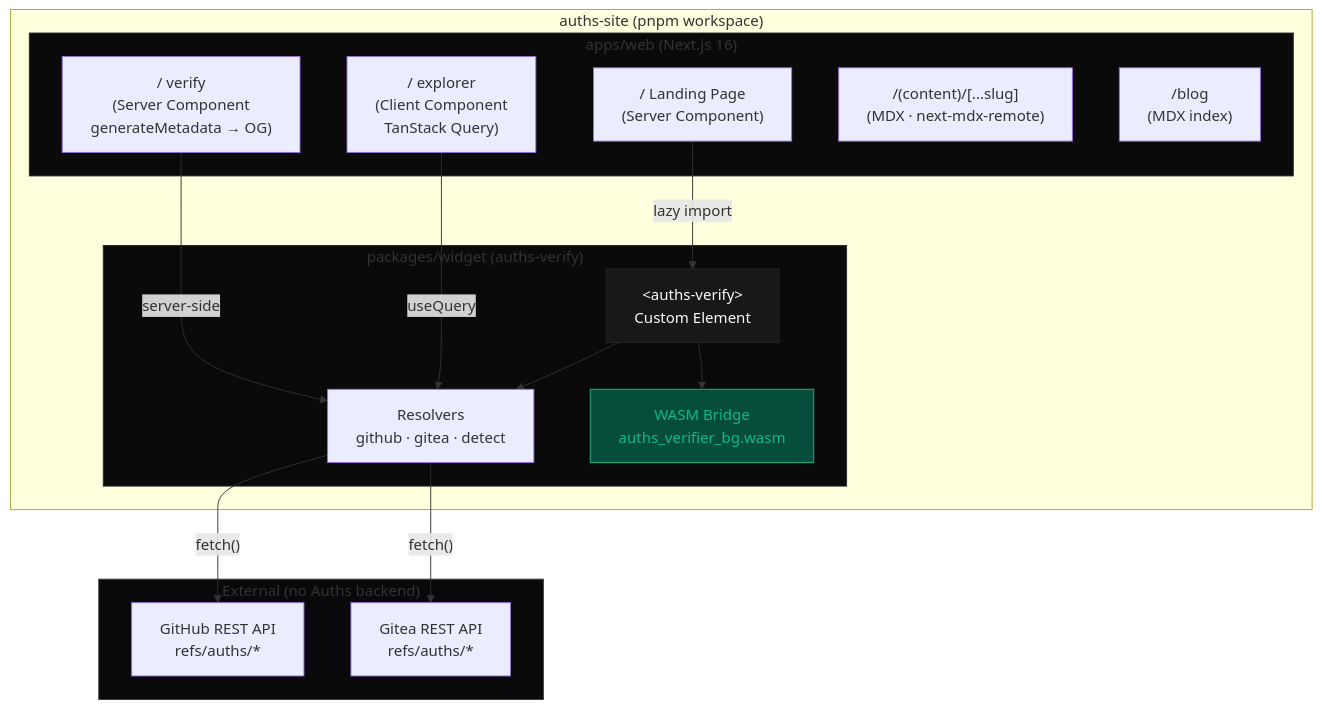
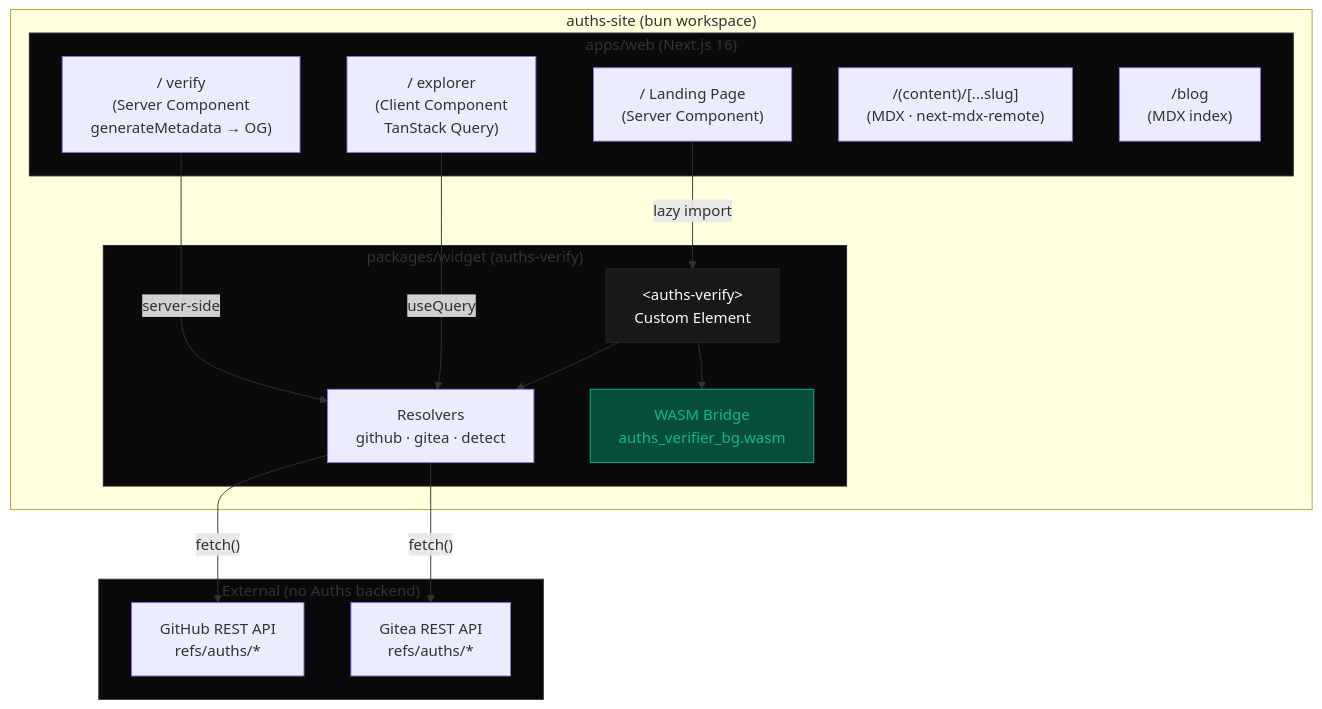
One commit to auths-dev/auths-site changed the diagram in README.md. Above: the diagram before and after it, drawn with Mermaid. The commit also changed other lines of this file and 33 other files, not shown here.

````diff
--- a/README.md
+++ b/README.md
@@ -77,38 +76,38 @@
 ```mermaid
 graph TD
-    subgraph Monorepo["auths-site (pnpm workspace)"]
+    subgraph Monorepo["auths-site (bun workspace)"]
         subgraph Widget["packages/widget (auths-verify)"]
             WC["&lt;auths-verify&gt;\nCustom Element"]
             RES["Resolvers\ngithub · gitea · detect"]
             WASM["WASM Bridge\nauths_verifier_bg.wasm"]
             WC --> RES
             WC --> WASM
         end
 
         subgraph Web["apps/web (Next.js 16)"]
             LP["/ Landing Page\n(Server Component)"]
             EX["/ explorer\n(Client Component\nTanStack Query)"]
             VR["/ verify\n(Server Component\ngenerateMetadata → OG)"]
             DOCS["/(content)/[...slug]\n(MDX · next-mdx-remote)"]
             BLOG["/blog\n(MDX index)"]
 
             LP -->|"lazy import"| WC
             EX -->|"useQuery"| RES
             VR -->|"server-side"| RES
         end
     end
 
     subgraph External["External (no Auths backend)"]
         GH["GitHub REST API\nrefs/auths/*"]
         GT["Gitea REST API\nrefs/auths/*"]
     end
 
     RES -->|"fetch()"| GH
     RES -->|"fetch()"| GT
 
     style WASM fill:#064e3b,color:#10b981,stroke:#10b981
     style WC fill:#18181b,color:#fafafa,stroke:#27272a
     style Widget fill:#0a0a0a,stroke:#27272a
     style Web fill:#0a0a0a,stroke:#27272a
     style External fill:#09090b,stroke:#3f3f46
 ```
````
